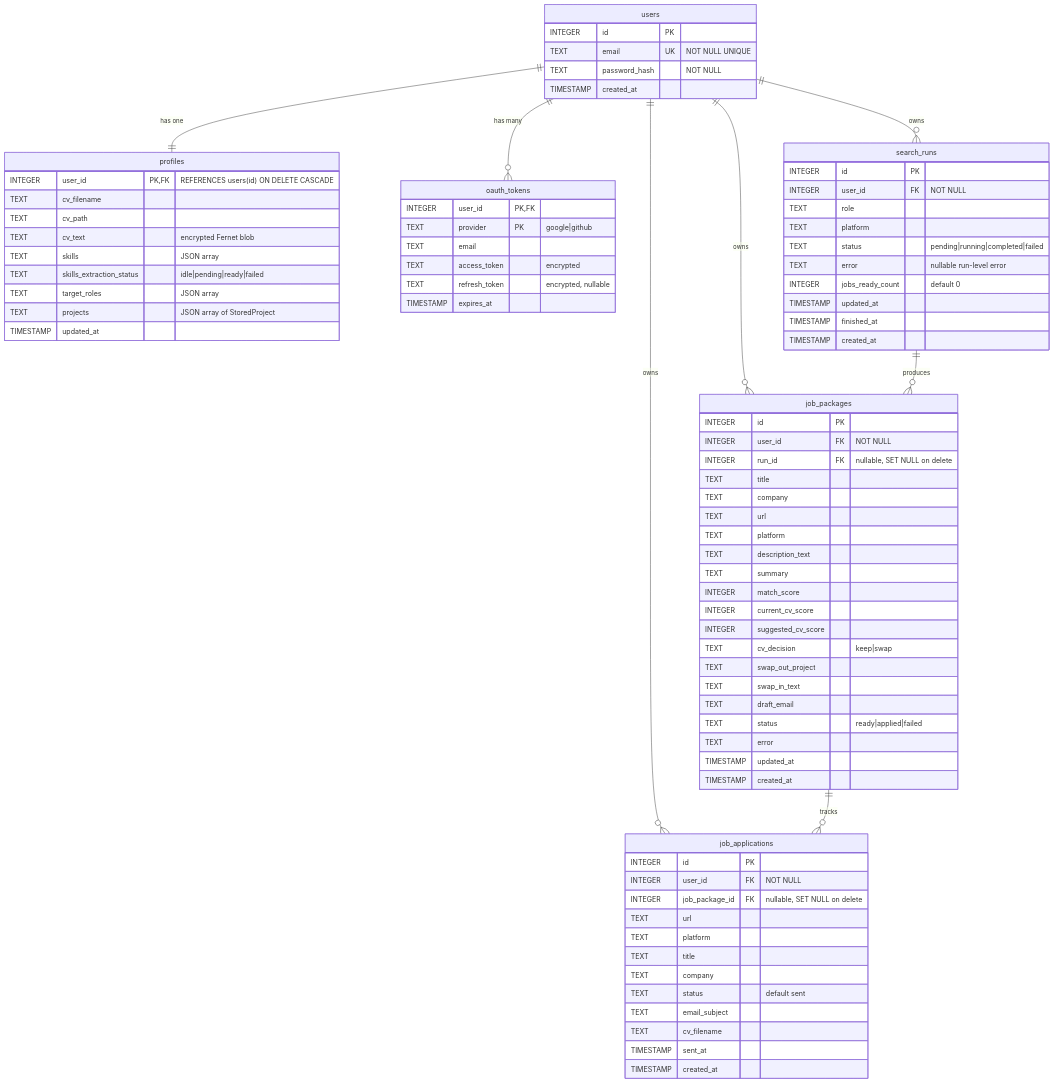
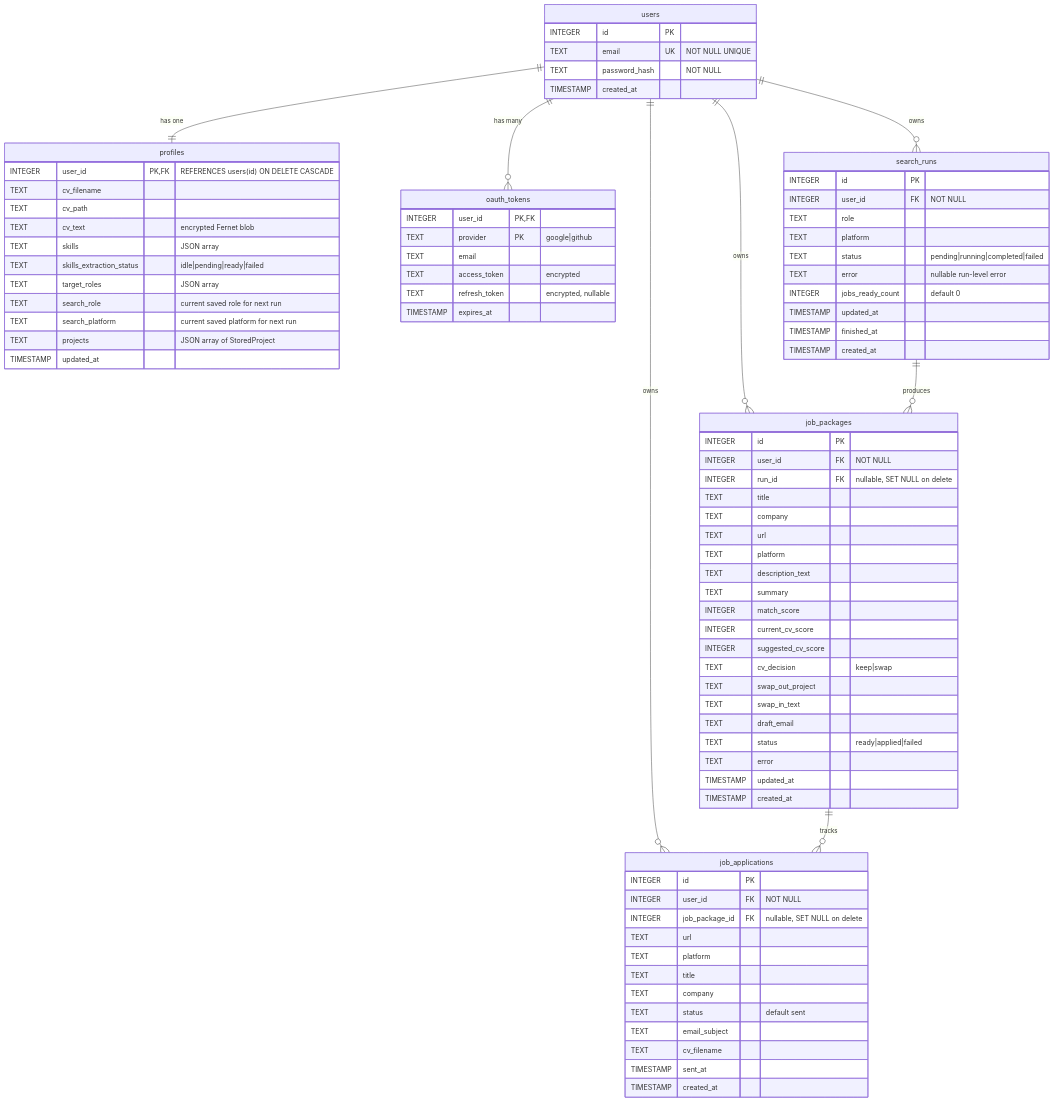
Before and after one commit to HamzaFayaz/JobPilot: the diagram in docs/database-schema.md, drawn with Mermaid. The commit also changed other lines of this file and 25 other files, not shown here.

```diff
--- a/docs/database-schema.md
+++ b/docs/database-schema.md
@@ -33,6 +33,8 @@
         TEXT skills "JSON array"
         TEXT skills_extraction_status "idle|pending|ready|failed"
         TEXT target_roles "JSON array"
+        TEXT search_role "current saved role for next run"
+        TEXT search_platform "current saved platform for next run"
         TEXT projects "JSON array of StoredProject"
         TIMESTAMP updated_at
     }
```
